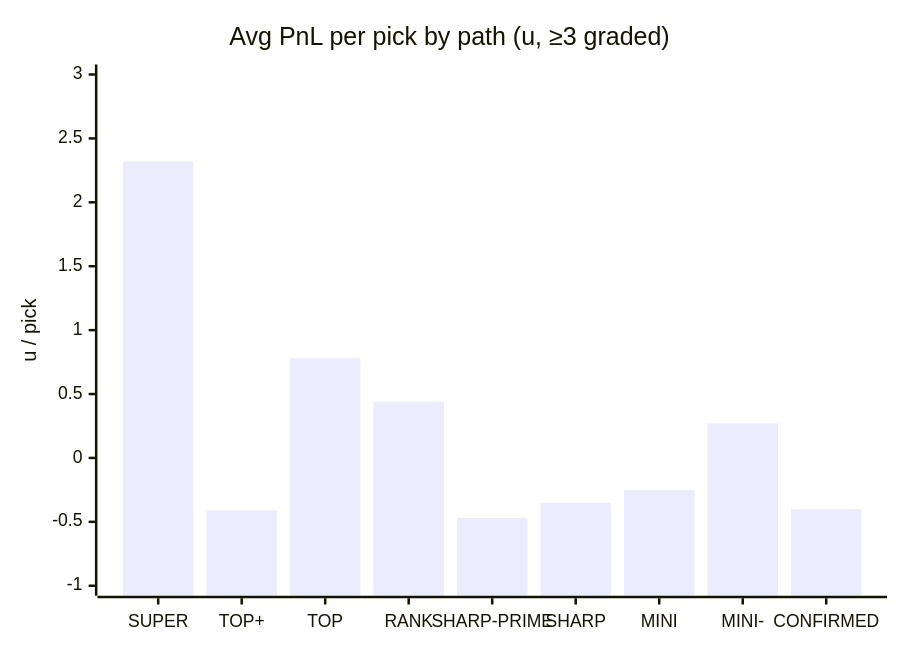
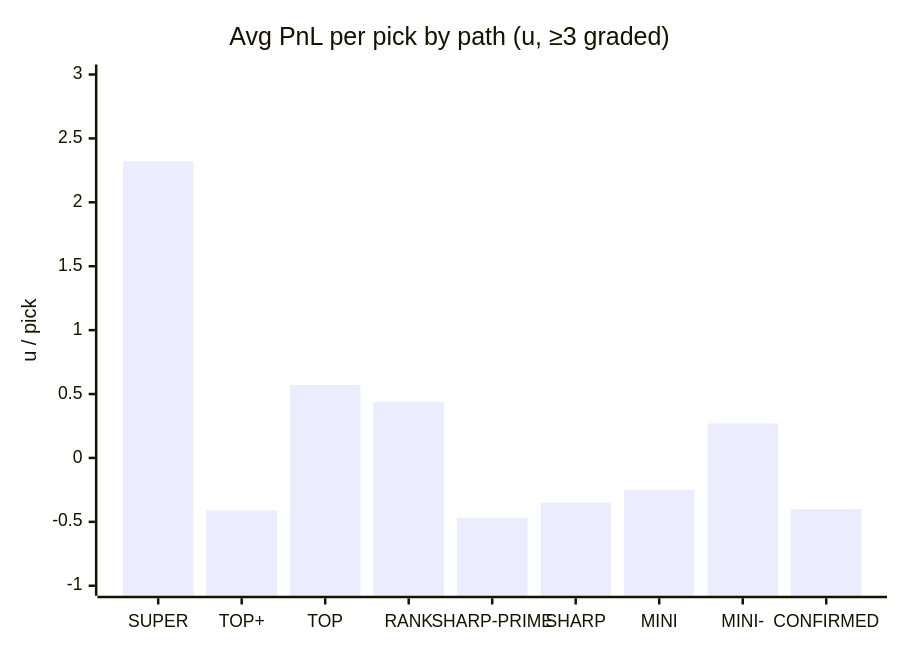
Before and after one commit to dpk1212/nhl-savant: the third of 5 diagrams in DAILY_AGSU_REPORT.md, drawn with Mermaid. The commit also changed other lines of this file, not shown here.

````diff
--- a/DAILY_AGSU_REPORT.md
+++ b/DAILY_AGSU_REPORT.md
@@ -358,7 +439,7 @@
 ```mermaid
 xychart-beta
     title "Avg PnL per pick by path (u, ≥3 graded)"
     x-axis ["SUPER", "TOP+", "TOP", "RANK", "SHARP-PRIME", "SHARP", "MINI", "MINI-", "CONFIRMED"]
     y-axis "u / pick" -1 --> 3
-    bar [2.32, -0.41, 0.78, 0.44, -0.47, -0.35, -0.25, 0.27, -0.4]
+    bar [2.32, -0.41, 0.57, 0.44, -0.47, -0.35, -0.25, 0.27, -0.4]
 ```
````
